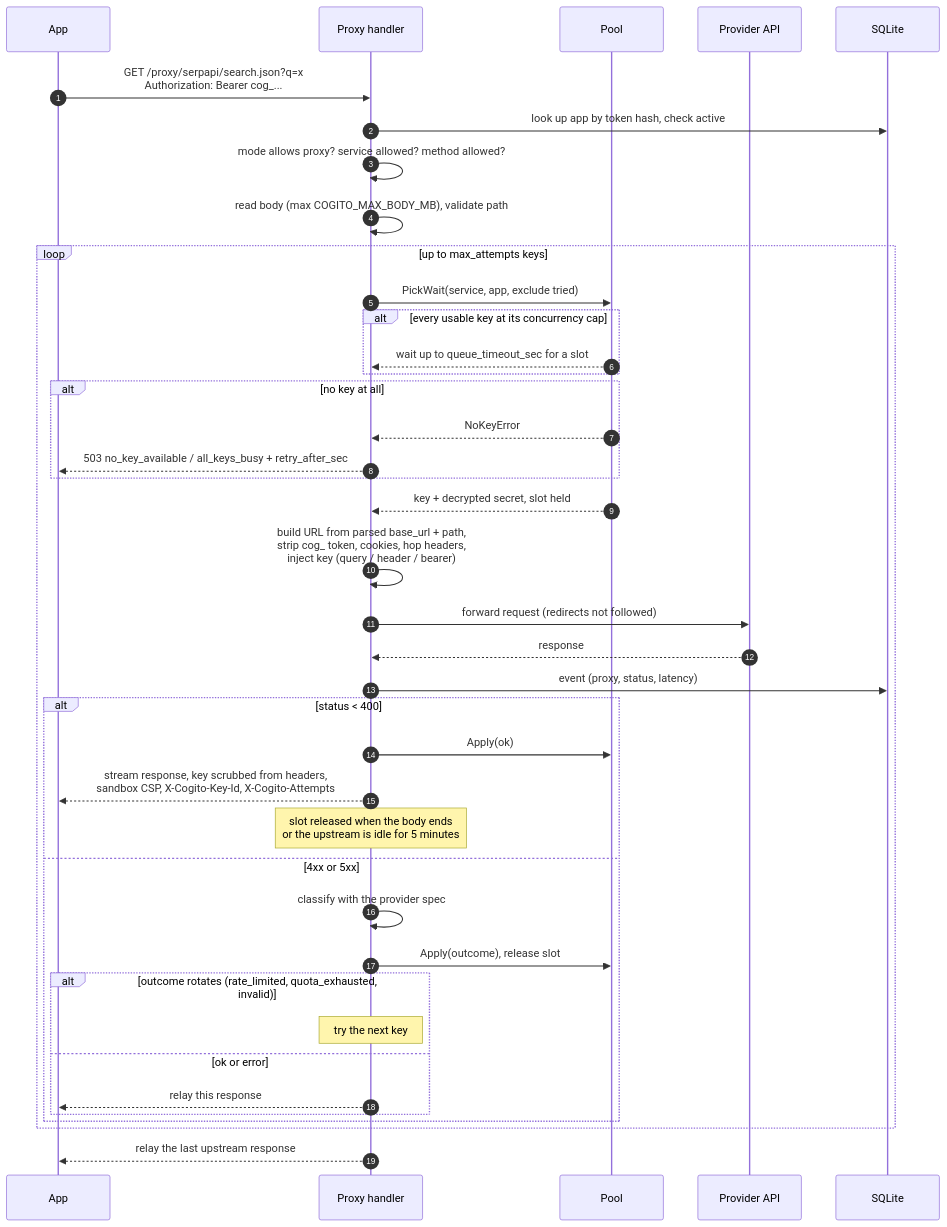
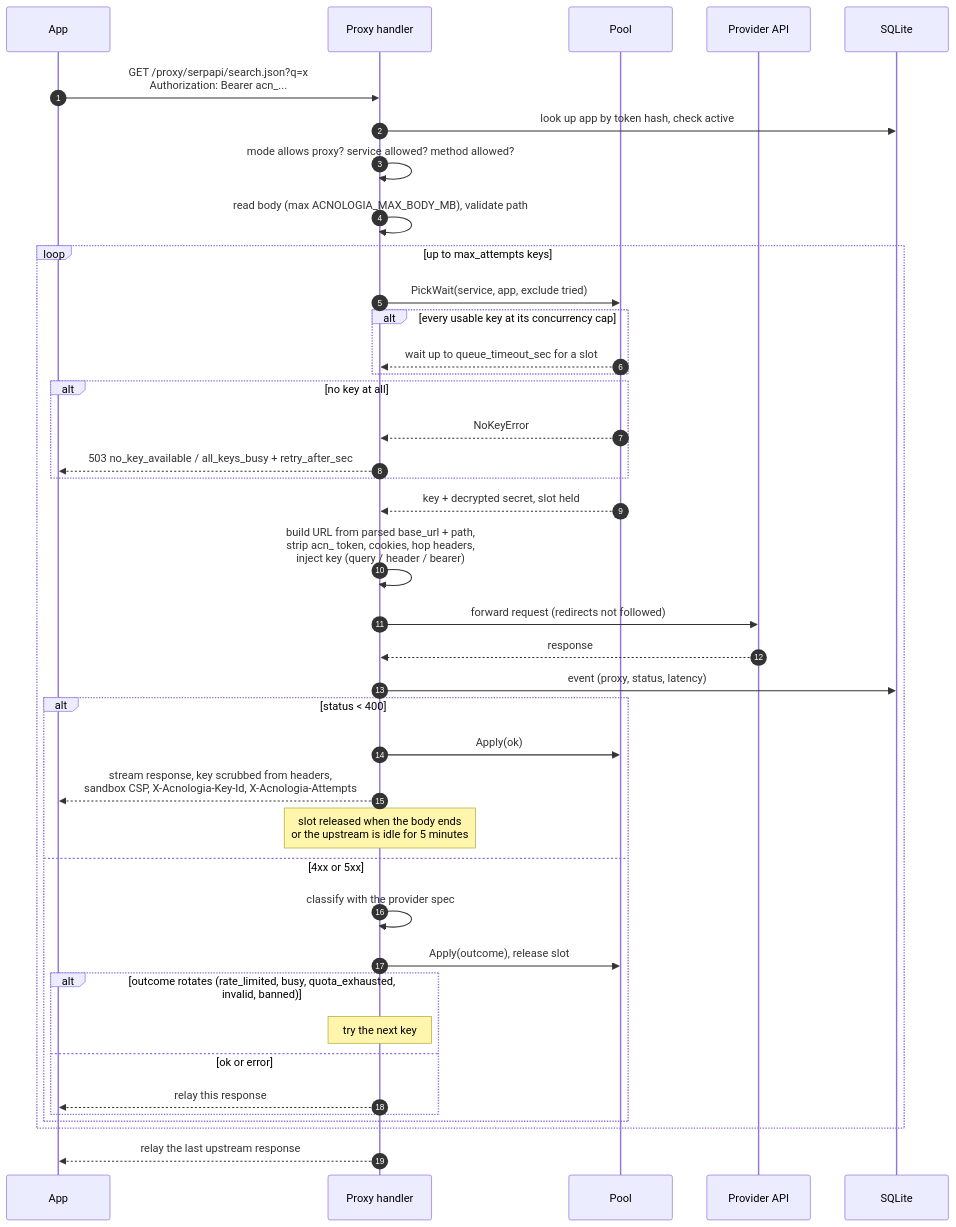
One commit to sidharthpunathil/acnologia changed the first of 13 diagrams in server/internal/docsmd/files/flows.md. Above: the diagram before and after it, drawn with Mermaid. The commit also changed other lines of this file and 43 other files, not shown here.

````diff
--- a/server/internal/docsmd/files/flows.md
+++ b/server/internal/docsmd/files/flows.md
@@ -22,43 +22,43 @@
 ```mermaid
 sequenceDiagram
     autonumber
     participant A as App
     participant P as Proxy handler
     participant Pool as Pool
     participant U as Provider API
     participant DB as SQLite
 
-    A->>P: GET /proxy/serpapi/search.json?q=x<br/>Authorization: Bearer cog_...
+    A->>P: GET /proxy/serpapi/search.json?q=x<br/>Authorization: Bearer acn_...
     P->>DB: look up app by token hash, check active
     P->>P: mode allows proxy? service allowed? method allowed?
-    P->>P: read body (max COGITO_MAX_BODY_MB), validate path
+    P->>P: read body (max ACNOLOGIA_MAX_BODY_MB), validate path
     loop up to max_attempts keys
         P->>Pool: PickWait(service, app, exclude tried)
         alt every usable key at its concurrency cap
             Pool-->>P: wait up to queue_timeout_sec for a slot
         end
         alt no key at all
             Pool-->>P: NoKeyError
             P-->>A: 503 no_key_available / all_keys_busy + retry_after_sec
         end
         Pool-->>P: key + decrypted secret, slot held
-        P->>P: build URL from parsed base_url + path,<br/>strip cog_ token, cookies, hop headers,<br/>inject key (query / header / bearer)
+        P->>P: build URL from parsed base_url + path,<br/>strip acn_ token, cookies, hop headers,<br/>inject key (query / header / bearer)
         P->>U: forward request (redirects not followed)
         U-->>P: response
         P->>DB: event (proxy, status, latency)
         alt status < 400
             P->>Pool: Apply(ok)
-            P-->>A: stream response, key scrubbed from headers,<br/>sandbox CSP, X-Cogito-Key-Id, X-Cogito-Attempts
+            P-->>A: stream response, key scrubbed from headers,<br/>sandbox CSP, X-Acnologia-Key-Id, X-Acnologia-Attempts
             Note over P: slot released when the body ends<br/>or the upstream is idle for 5 minutes
         else 4xx or 5xx
             P->>P: classify with the provider spec
             P->>Pool: Apply(outcome), release slot
-            alt outcome rotates (rate_limited, quota_exhausted, invalid)
+            alt outcome rotates (rate_limited, busy, quota_exhausted, invalid, banned)
                 Note over P: try the next key
             else ok or error
                 P-->>A: relay this response
             end
         end
     end
     P-->>A: relay the last upstream response
 ```
````
